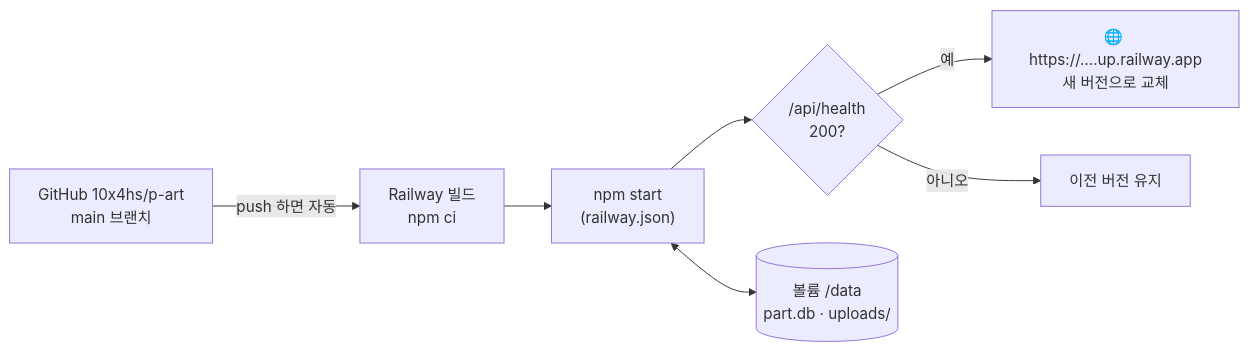
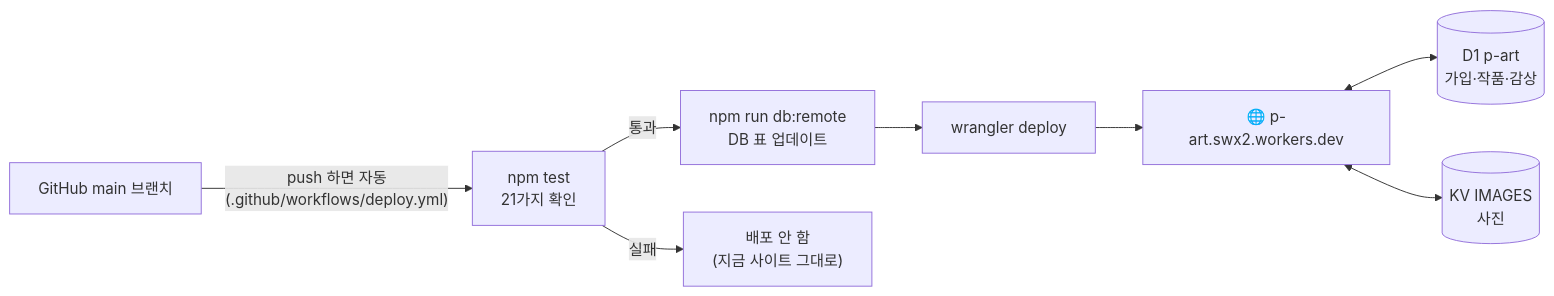
One commit to 10x4hs/p-art changed the diagram in docs/DEPLOY.md. Above: the diagram before and after it, drawn with Mermaid. The commit also changed other lines of this file and 5 other files, not shown here.

````diff
--- a/docs/DEPLOY.md
+++ b/docs/DEPLOY.md
@@ -5,9 +15,10 @@
 ```mermaid
 flowchart LR
-  GH["GitHub 10x4hs/p-art<br/>main 브랜치"] -- "push 하면 자동" --> BUILD["Railway 빌드<br/>npm ci"]
-  BUILD --> RUN["npm start<br/>(railway.json)"]
-  RUN --> HC{"/api/health<br/>200?"}
-  HC -- 예 --> LIVE["🌐 https://….up.railway.app<br/>새 버전으로 교체"]
-  HC -- 아니오 --> OLD["이전 버전 유지"]
-  RUN <--> VOL[("볼륨 /data<br/>part.db · uploads/")]
+  GH["GitHub main 브랜치"] -- "push 하면 자동<br/>(.github/workflows/deploy.yml)" --> T["npm test<br/>21가지 확인"]
+  T -- 통과 --> MIG["npm run db:remote<br/>DB 표 업데이트"]
+  MIG --> DEP["wrangler deploy"]
+  DEP --> LIVE["🌐 p-art.swx2.workers.dev"]
+  LIVE <--> D1[("D1 p-art<br/>가입·작품·감상")]
+  LIVE <--> KV[("KV IMAGES<br/>사진")]
+  T -- 실패 --> STOP["배포 안 함<br/>(지금 사이트 그대로)"]
 ```
````
